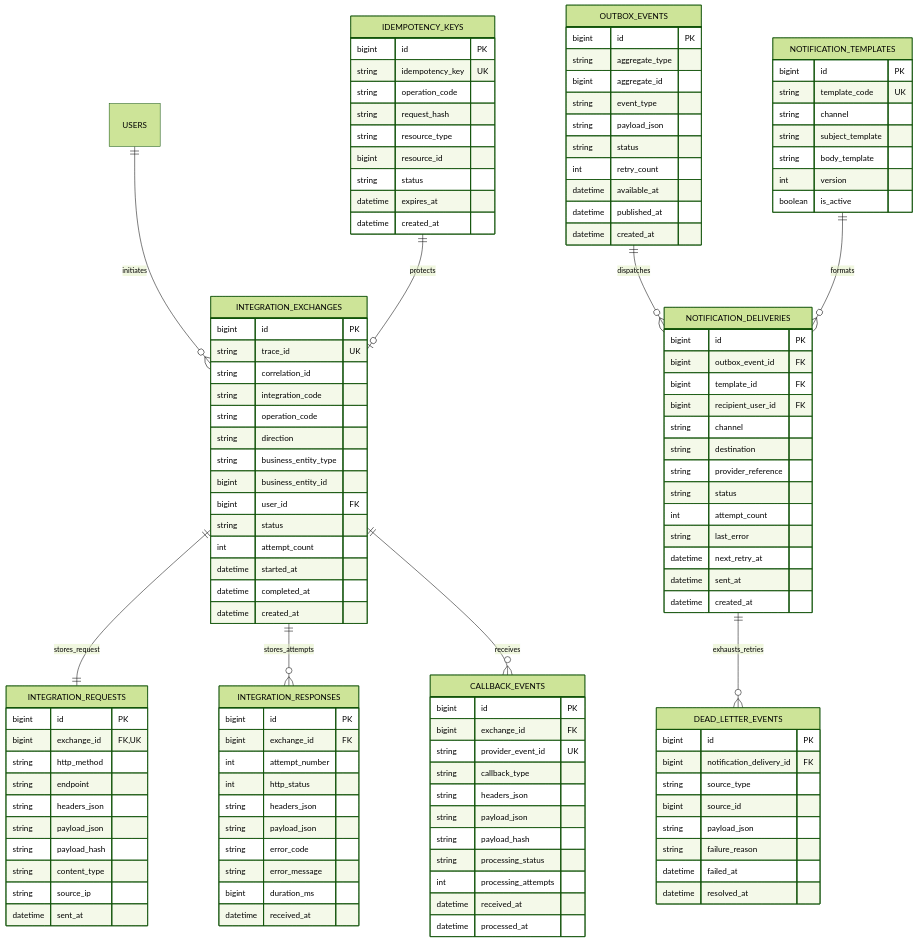
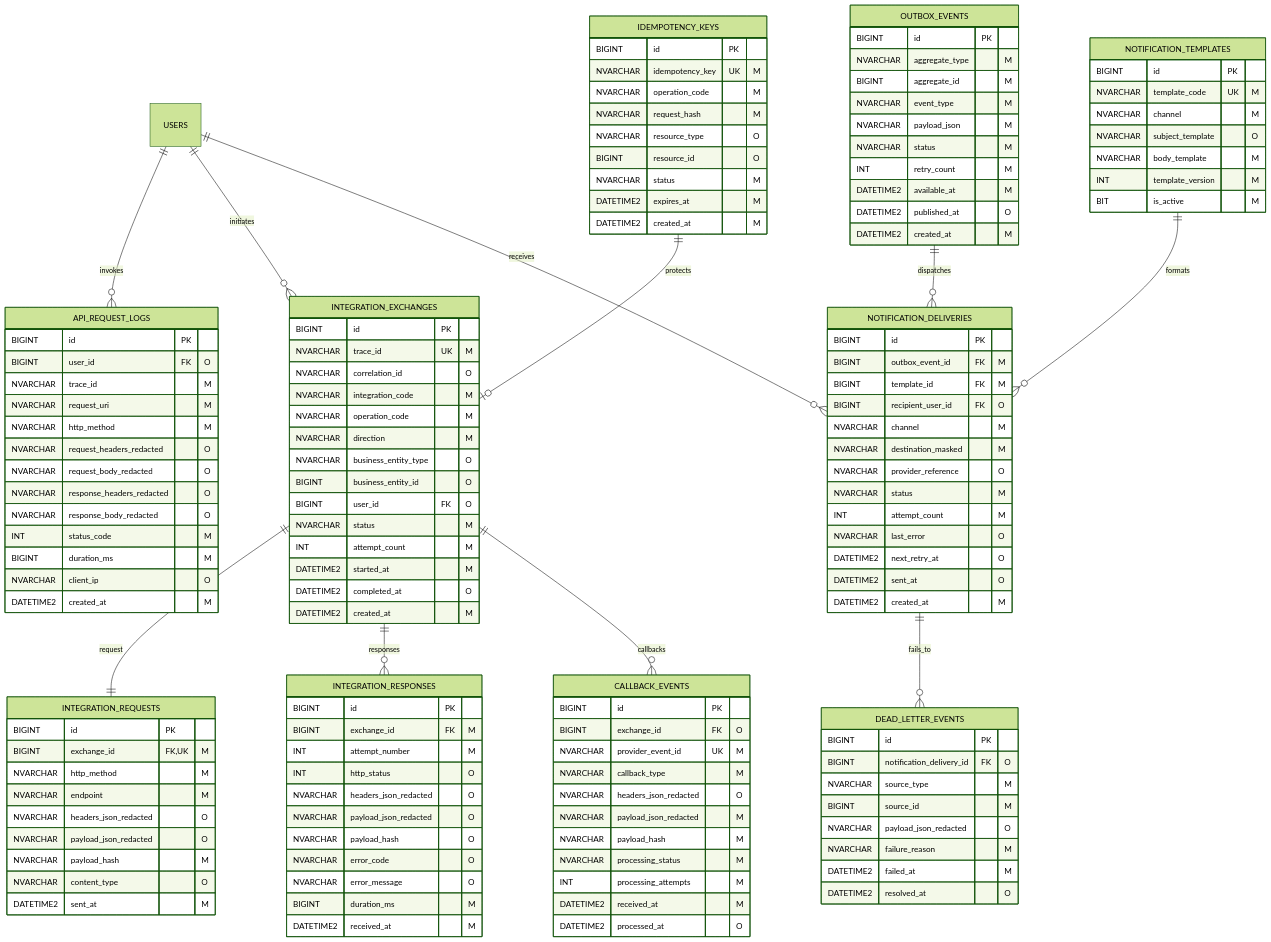
One commit to JivanAhire/hfcb-marketplace-er-diagram changed the seventh of 12 diagrams in docs/HFCB_GRAPHICAL_ER_MAPPING.md. Above: the diagram before and after it, drawn with Mermaid (forest theme). The commit also changed other lines of this file, not shown here.

Commit message:
Update graphical database mapping baseline with complete v5.2 tables and flows

````diff
--- a/docs/HFCB_GRAPHICAL_ER_MAPPING.md
+++ b/docs/HFCB_GRAPHICAL_ER_MAPPING.md
@@ -695,122 +805,139 @@
 ```mermaid
 erDiagram
+  USERS ||--o{ API_REQUEST_LOGS : invokes
   USERS ||--o{ INTEGRATION_EXCHANGES : initiates
-  INTEGRATION_EXCHANGES ||--|| INTEGRATION_REQUESTS : stores_request
-  INTEGRATION_EXCHANGES ||--o{ INTEGRATION_RESPONSES : stores_attempts
-  INTEGRATION_EXCHANGES ||--o{ CALLBACK_EVENTS : receives
   IDEMPOTENCY_KEYS ||--o| INTEGRATION_EXCHANGES : protects
+  INTEGRATION_EXCHANGES ||--|| INTEGRATION_REQUESTS : request
+  INTEGRATION_EXCHANGES ||--o{ INTEGRATION_RESPONSES : responses
+  INTEGRATION_EXCHANGES ||--o{ CALLBACK_EVENTS : callbacks
   OUTBOX_EVENTS ||--o{ NOTIFICATION_DELIVERIES : dispatches
   NOTIFICATION_TEMPLATES ||--o{ NOTIFICATION_DELIVERIES : formats
-  NOTIFICATION_DELIVERIES ||--o{ DEAD_LETTER_EVENTS : exhausts_retries
+  USERS ||--o{ NOTIFICATION_DELIVERIES : receives
+  NOTIFICATION_DELIVERIES ||--o{ DEAD_LETTER_EVENTS : fails_to
 
+  API_REQUEST_LOGS {
+    BIGINT id PK
+    BIGINT user_id FK "O"
+    NVARCHAR trace_id "M"
+    NVARCHAR request_uri "M"
+    NVARCHAR http_method "M"
+    NVARCHAR request_headers_redacted "O"
+    NVARCHAR request_body_redacted "O"
+    NVARCHAR response_headers_redacted "O"
+    NVARCHAR response_body_redacted "O"
+    INT status_code "M"
+    BIGINT duration_ms "M"
+    NVARCHAR client_ip "O"
+    DATETIME2 created_at "M"
+  }
   INTEGRATION_EXCHANGES {
-    bigint id PK
-    string trace_id UK
-    string correlation_id
-    string integration_code
-    string operation_code
-    string direction
-    string business_entity_type
-    bigint business_entity_id
-    bigint user_id FK
-    string status
-    int attempt_count
-    datetime started_at
-    datetime completed_at
-    datetime created_at
+    BIGINT id PK
+    NVARCHAR trace_id UK "M"
+    NVARCHAR correlation_id "O"
+    NVARCHAR integration_code "M"
+    NVARCHAR operation_code "M"
+    NVARCHAR direction "M"
+    NVARCHAR business_entity_type "O"
+    BIGINT business_entity_id "O"
+    BIGINT user_id FK "O"
+    NVARCHAR status "M"
+    INT attempt_count "M"
+    DATETIME2 started_at "M"
+    DATETIME2 completed_at "O"
+    DATETIME2 created_at "M"
   }
   INTEGRATION_REQUESTS {
-    bigint id PK
-    bigint exchange_id FK,UK
-    string http_method
-    string endpoint
-    string headers_json
-    string payload_json
-    string payload_hash
-    string content_type
-    string source_ip
-    datetime sent_at
+    BIGINT id PK
+    BIGINT exchange_id FK,UK "M"
+    NVARCHAR http_method "M"
+    NVARCHAR endpoint "M"
+    NVARCHAR headers_json_redacted "O"
+    NVARCHAR payload_json_redacted "O"
+    NVARCHAR payload_hash "M"
+    NVARCHAR content_type "O"
+    DATETIME2 sent_at "M"
   }
   INTEGRATION_RESPONSES {
-    bigint id PK
-    bigint exchange_id FK
-    int attempt_number
-    int http_status
-    string headers_json
-    string payload_json
-    string error_code
-    string error_message
-    bigint duration_ms
-    datetime received_at
+    BIGINT id PK
+    BIGINT exchange_id FK "M"
+    INT attempt_number "M"
+    INT http_status "O"
+    NVARCHAR headers_json_redacted "O"
+    NVARCHAR payload_json_redacted "O"
+    NVARCHAR payload_hash "O"
+    NVARCHAR error_code "O"
+    NVARCHAR error_message "O"
+    BIGINT duration_ms "M"
+    DATETIME2 received_at "M"
   }
   CALLBACK_EVENTS {
-    bigint id PK
-    bigint exchange_id FK
-    string provider_event_id UK
-    string callback_type
-    string headers_json
-    string payload_json
-    string payload_hash
-    string processing_status
-    int processing_attempts
-    datetime received_at
-    datetime processed_at
+    BIGINT id PK
+    BIGINT exchange_id FK "O"
+    NVARCHAR provider_event_id UK "M"
+    NVARCHAR callback_type "M"
+    NVARCHAR headers_json_redacted "O"
+    NVARCHAR payload_json_redacted "M"
+    NVARCHAR payload_hash "M"
+    NVARCHAR processing_status "M"
+    INT processing_attempts "M"
+    DATETIME2 received_at "M"
+    DATETIME2 processed_at "O"
   }
   IDEMPOTENCY_KEYS {
-    bigint id PK
-    string idempotency_key UK
-    string operation_code
-    string request_hash
-    string resource_type
-    bigint resource_id
-    string status
-    datetime expires_at
-    datetime created_at
+    BIGINT id PK
+    NVARCHAR idempotency_key UK "M"
+    NVARCHAR operation_code "M"
+    NVARCHAR request_hash "M"
+    NVARCHAR resource_type "O"
+    BIGINT resource_id "O"
+    NVARCHAR status "M"
+    DATETIME2 expires_at "M"
+    DATETIME2 created_at "M"
   }
   OUTBOX_EVENTS {
-    bigint id PK
-    string aggregate_type
-    bigint aggregate_id
-    string event_type
-    string payload_json
-    string status
-    int retry_count
-    datetime available_at
-    datetime published_at
-    datetime created_at
+    BIGINT id PK
+    NVARCHAR aggregate_type "M"
+    BIGINT aggregate_id "M"
+    NVARCHAR event_type "M"
+    NVARCHAR payload_json "M"
+    NVARCHAR status "M"
+    INT retry_count "M"
+    DATETIME2 available_at "M"
+    DATETIME2 published_at "O"
+    DATETIME2 created_at "M"
   }
   NOTIFICATION_TEMPLATES {
-    bigint id PK
-    string template_code UK
-    string channel
-    string subject_template
-    string body_template
-    int version
-    boolean is_active
+    BIGINT id PK
+    NVARCHAR template_code UK "M"
+    NVARCHAR channel "M"
+    NVARCHAR subject_template "O"
+    NVARCHAR body_template "M"
+    INT template_version "M"
+    BIT is_active "M"
   }
   NOTIFICATION_DELIVERIES {
-    bigint id PK
-    bigint outbox_event_id FK
-    bigint template_id FK
-    bigint recipient_user_id FK
-    string channel
-    string destination
-    string provider_reference
-    string status
-    int attempt_count
-    string last_error
-    datetime next_retry_at
-    datetime sent_at
-    datetime created_at
+    BIGINT id PK
+    BIGINT outbox_event_id FK "M"
+    BIGINT template_id FK "M"
+    BIGINT recipient_user_id FK "O"
+    NVARCHAR channel "M"
+    NVARCHAR destination_masked "M"
+    NVARCHAR provider_reference "O"
+    NVARCHAR status "M"
+    INT attempt_count "M"
+    NVARCHAR last_error "O"
+    DATETIME2 next_retry_at "O"
+    DATETIME2 sent_at "O"
+    DATETIME2 created_at "M"
   }
   DEAD_LETTER_EVENTS {
-    bigint id PK
-    bigint notification_delivery_id FK
-    string source_type
-    bigint source_id
-    string payload_json
-    string failure_reason
-    datetime failed_at
-    datetime resolved_at
+    BIGINT id PK
+    BIGINT notification_delivery_id FK "O"
+    NVARCHAR source_type "M"
+    BIGINT source_id "M"
+    NVARCHAR payload_json_redacted "O"
+    NVARCHAR failure_reason "M"
+    DATETIME2 failed_at "M"
+    DATETIME2 resolved_at "O"
   }
 ```
````
